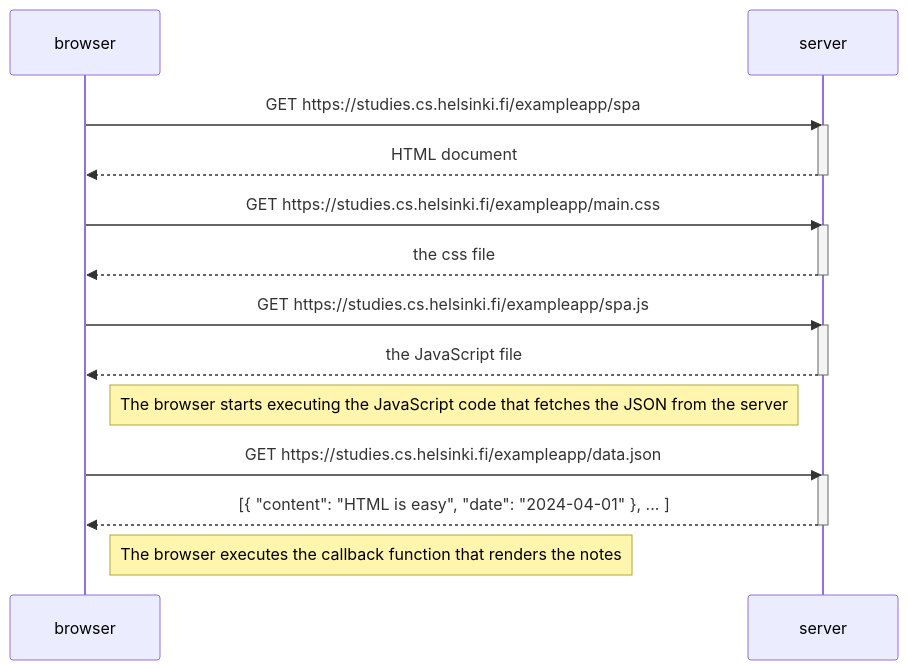
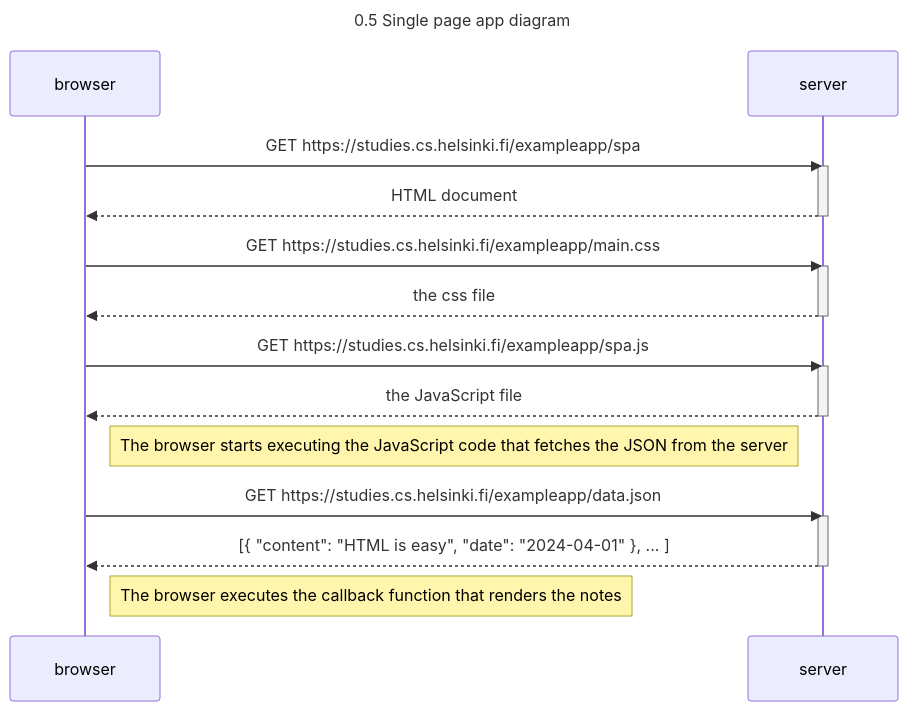
One commit to ny009/full-stack-open changed the diagram in part-0/part-0.5.md. Above: the diagram before and after it, drawn with Mermaid. The commit also changed 2 other files, not shown here.

Commit message:
giving titles for better viewing experience

````diff
--- a/part-0/part-0.5.md
+++ b/part-0/part-0.5.md
@@ -1,30 +1,32 @@
 ``` mermaid
 sequenceDiagram
+    Title: 0.5 Single page app diagram
+
     participant browser
     participant server
 
     browser->>server: GET https://studies.cs.helsinki.fi/exampleapp/spa
     activate server
     server-->>browser: HTML document
     deactivate server
 
     browser->>server: GET https://studies.cs.helsinki.fi/exampleapp/main.css
     activate server
     server-->>browser: the css file
     deactivate server
 
     browser->>server: GET https://studies.cs.helsinki.fi/exampleapp/spa.js
 
     activate server
     server-->>browser: the JavaScript file
     deactivate server
 
     Note right of browser: The browser starts executing the JavaScript code that fetches the JSON from the server
 
     browser->>server: GET https://studies.cs.helsinki.fi/exampleapp/data.json
     activate server
     server-->>browser: [{ "content": "HTML is easy", "date": "2024-04-01" }, ... ]
     deactivate server
 
     Note right of browser: The browser executes the callback function that renders the notes
   ```
````
